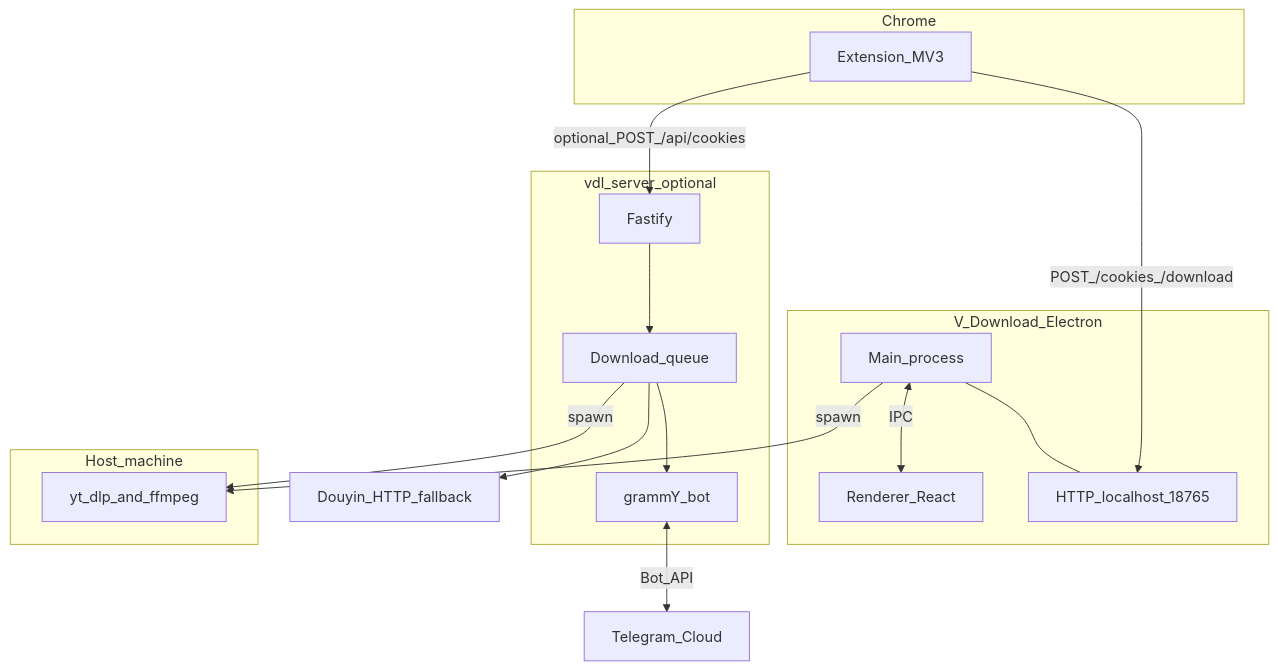
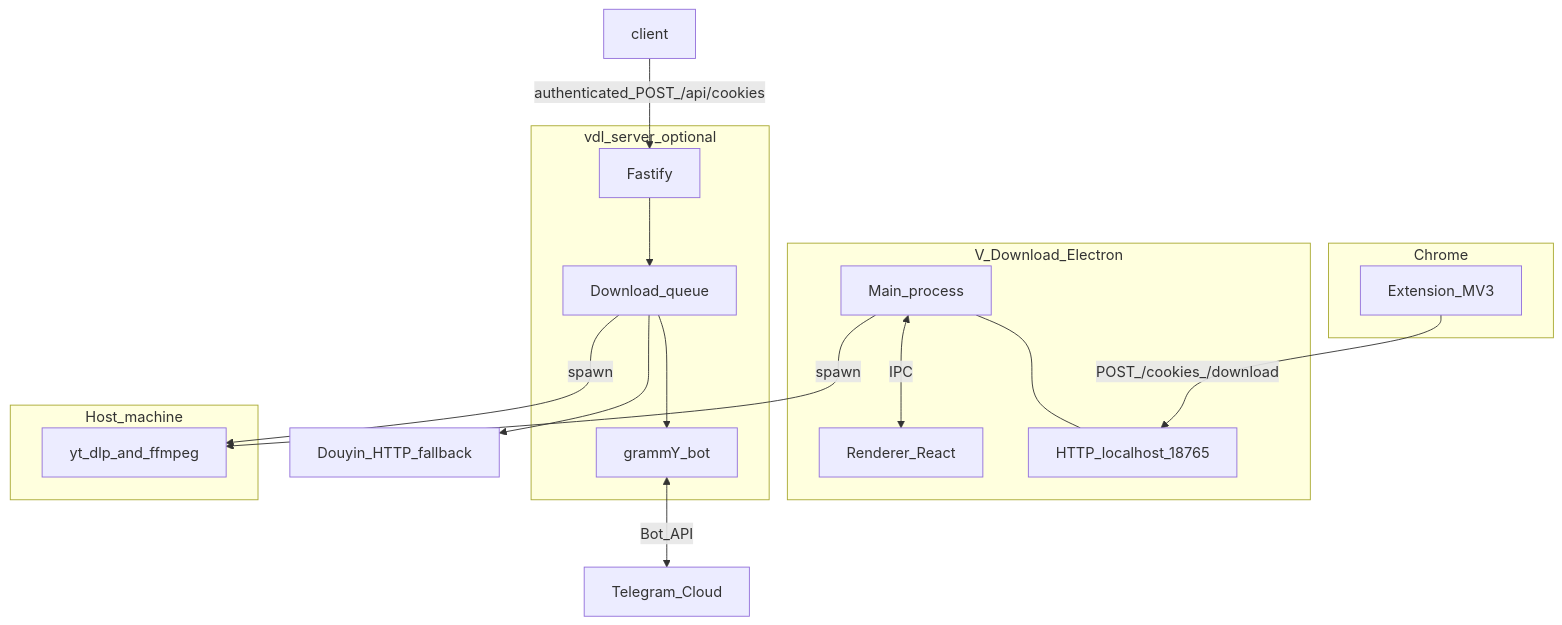
Before and after one commit to wangm12/v-download: the diagram in README-CN.md, drawn with Mermaid. The commit also changed other lines of this file and 97 other files, not shown here.

````diff
--- a/README-CN.md
+++ b/README-CN.md
@@ -157,30 +157,30 @@
 ```mermaid
 flowchart TB
   subgraph browser [Chrome]
     ext[Extension_MV3]
   end
   subgraph desktop [V_Download_Electron]
     main[Main_process]
     renderer[Renderer_React]
     http[HTTP_localhost_18765]
     main <-->|IPC| renderer
     main --- http
   end
   subgraph optional [vdl_server_optional]
     api[Fastify]
     queue[Download_queue]
     gram[grammY_bot]
     api --> queue
     queue --> gram
   end
   subgraph external [Host_machine]
     ytdlp[yt_dlp_and_ffmpeg]
   end
   tg[Telegram_Cloud]
   ext -->|"POST_/cookies_/download"| http
-  ext -->|"optional_POST_/api/cookies"| api
+  client -->|"authenticated_POST_/api/cookies"| api
   main -->|spawn| ytdlp
   queue -->|spawn| ytdlp
   queue --> douyin[Douyin_HTTP_fallback]
   gram <-->|Bot_API| tg
 ```
````
